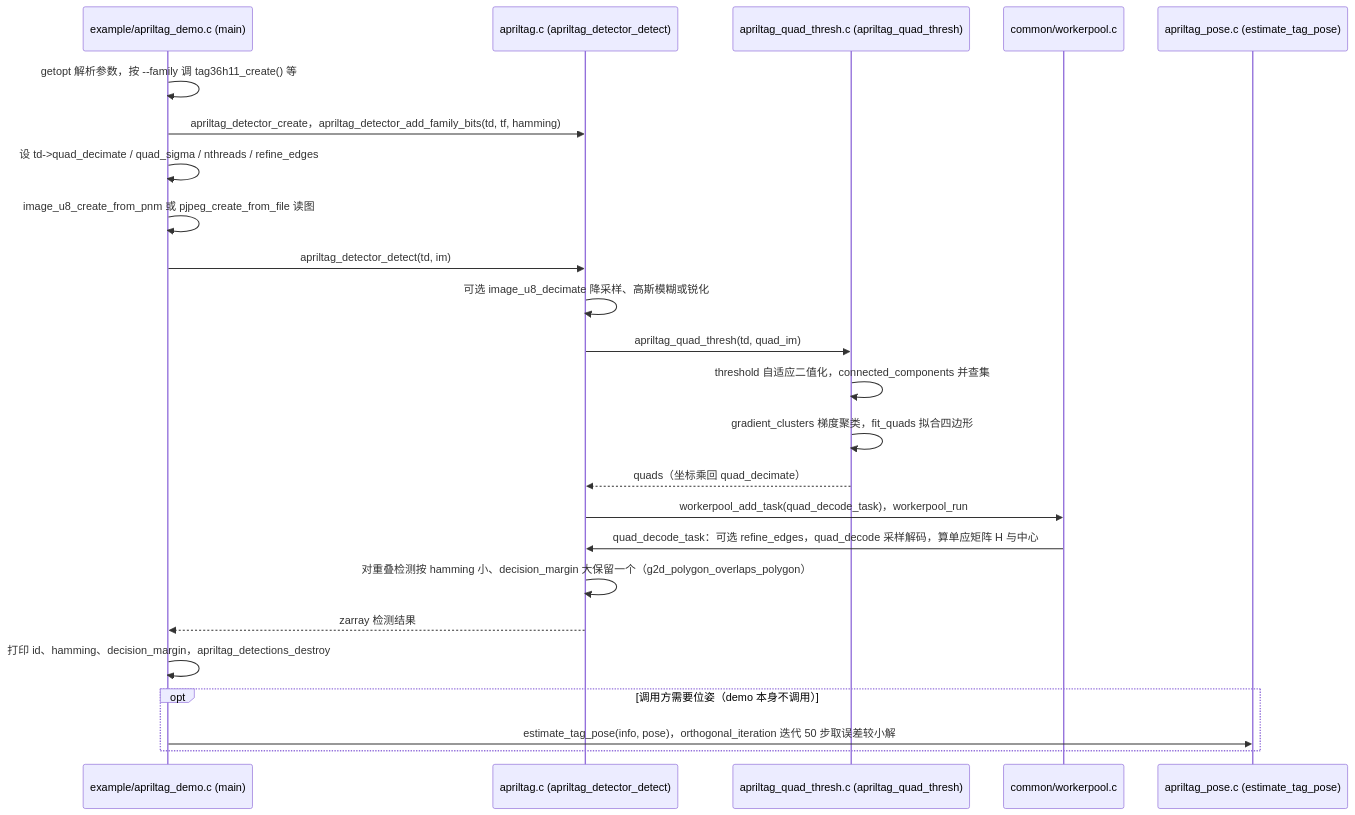
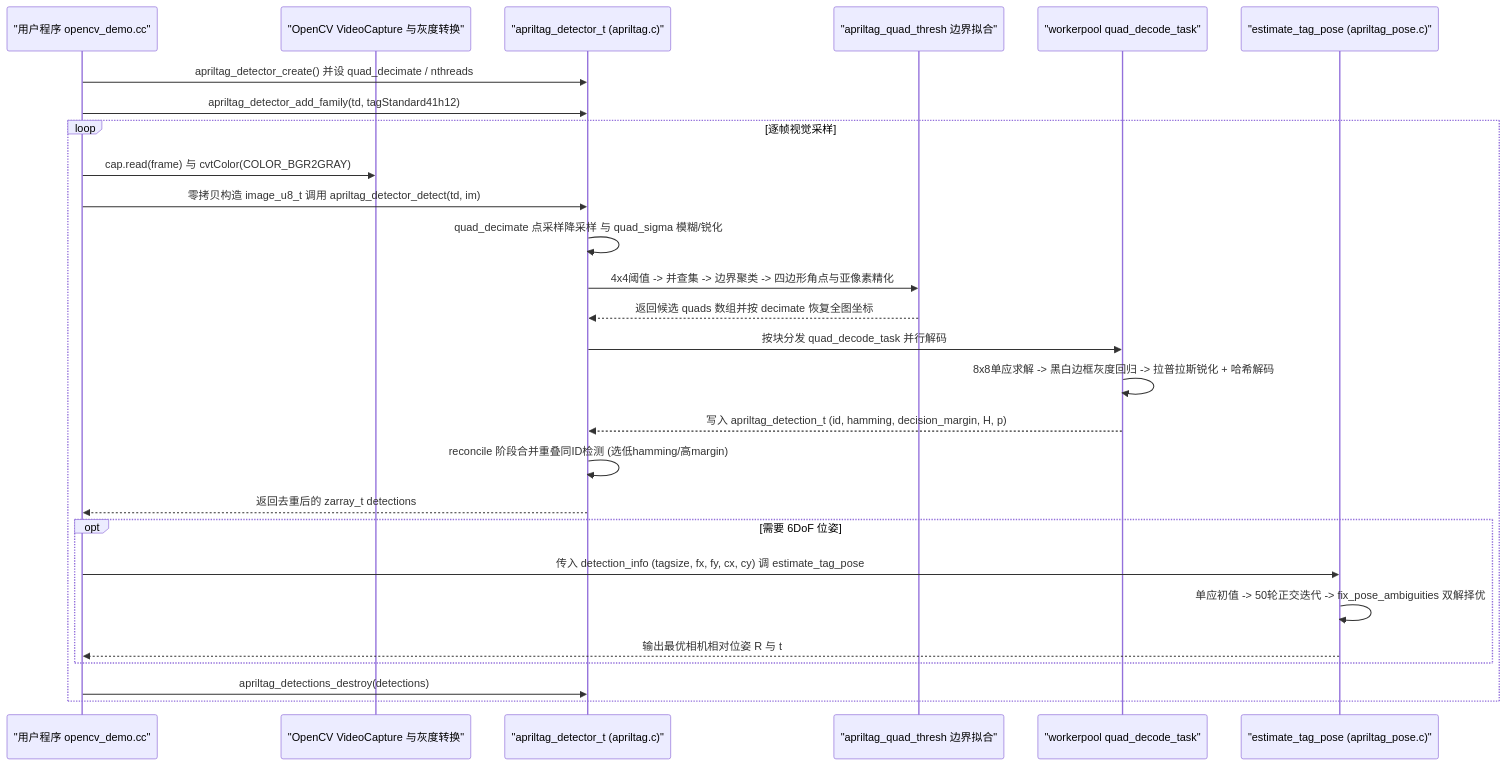
One commit to ImChong/Robotics_Notebooks changed the second of 2 diagrams in wiki/entities/april-tag.md. Above: the diagram before and after it, drawn with Mermaid. The commit also changed other lines of this file and 151 other files, not shown here.

````diff
--- a/wiki/entities/april-tag.md
+++ b/wiki/entities/april-tag.md
@@ -55,27 +90,30 @@
 ```mermaid
 sequenceDiagram
-    participant D as example/apriltag_demo.c (main)
-    participant A as apriltag.c (apriltag_detector_detect)
-    participant Q as apriltag_quad_thresh.c (apriltag_quad_thresh)
-    participant W as common/workerpool.c
-    participant P as apriltag_pose.c (estimate_tag_pose)
+    participant U as "用户程序 opencv_demo.cc"
+    participant CV as "OpenCV VideoCapture 与灰度转换"
+    participant D as "apriltag_detector_t (apriltag.c)"
+    participant QT as "apriltag_quad_thresh 边界拟合"
+    participant WP as "workerpool quad_decode_task"
+    participant P as "estimate_tag_pose (apriltag_pose.c)"
 
-    D->>D: getopt 解析参数，按 --family 调 tag36h11_create() 等
-    D->>A: apriltag_detector_create，apriltag_detector_add_family_bits(td, tf, hamming)
-    D->>D: 设 td->quad_decimate / quad_sigma / nthreads / refine_edges
-    D->>D: image_u8_create_from_pnm 或 pjpeg_create_from_file 读图
-    D->>A: apriltag_detector_detect(td, im)
-    A->>A: 可选 image_u8_decimate 降采样、高斯模糊或锐化
-    A->>Q: apriltag_quad_thresh(td, quad_im)
-    Q->>Q: threshold 自适应二值化，connected_components 并查集
-    Q->>Q: gradient_clusters 梯度聚类，fit_quads 拟合四边形
-    Q-->>A: quads（坐标乘回 quad_decimate）
-    A->>W: workerpool_add_task(quad_decode_task)，workerpool_run
-    W->>A: quad_decode_task：可选 refine_edges，quad_decode 采样解码，算单应矩阵 H 与中心
-    A->>A: 对重叠检测按 hamming 小、decision_margin 大保留一个（g2d_polygon_overlaps_polygon）
-    A-->>D: zarray 检测结果
-    D->>D: 打印 id、hamming、decision_margin，apriltag_detections_destroy
-    opt 调用方需要位姿（demo 本身不调用）
-        D->>P: estimate_tag_pose(info, pose)，orthogonal_iteration 迭代 50 步取误差较小解
+    U->>D: apriltag_detector_create() 并设 quad_decimate / nthreads
+    U->>D: apriltag_detector_add_family(td, tagStandard41h12)
+    loop 逐帧视觉采样
+        U->>CV: cap.read(frame) 与 cvtColor(COLOR_BGR2GRAY)
+        U->>D: 零拷贝构造 image_u8_t 调用 apriltag_detector_detect(td, im)
+        D->>D: quad_decimate 点采样降采样 与 quad_sigma 模糊/锐化
+        D->>QT: 4x4阈值 -> 并查集 -> 边界聚类 -> 四边形角点与亚像素精化
+        QT-->>D: 返回候选 quads 数组并按 decimate 恢复全图坐标
+        D->>WP: 按块分发 quad_decode_task 并行解码
+        WP->>WP: 8x8单应求解 -> 黑白边框灰度回归 -> 拉普拉斯锐化 + 哈希解码
+        WP-->>D: 写入 apriltag_detection_t (id, hamming, decision_margin, H, p)
+        D->>D: reconcile 阶段合并重叠同ID检测 (选低hamming/高margin)
+        D-->>U: 返回去重后的 zarray_t detections
+        opt 需要 6DoF 位姿
+            U->>P: 传入 detection_info (tagsize, fx, fy, cx, cy) 调 estimate_tag_pose
+            P->>P: 单应初值 -> 50轮正交迭代 -> fix_pose_ambiguities 双解择优
+            P-->>U: 输出最优相机相对位姿 R 与 t
+        end
+        U->>D: apriltag_detections_destroy(detections)
     end
 ```
````
